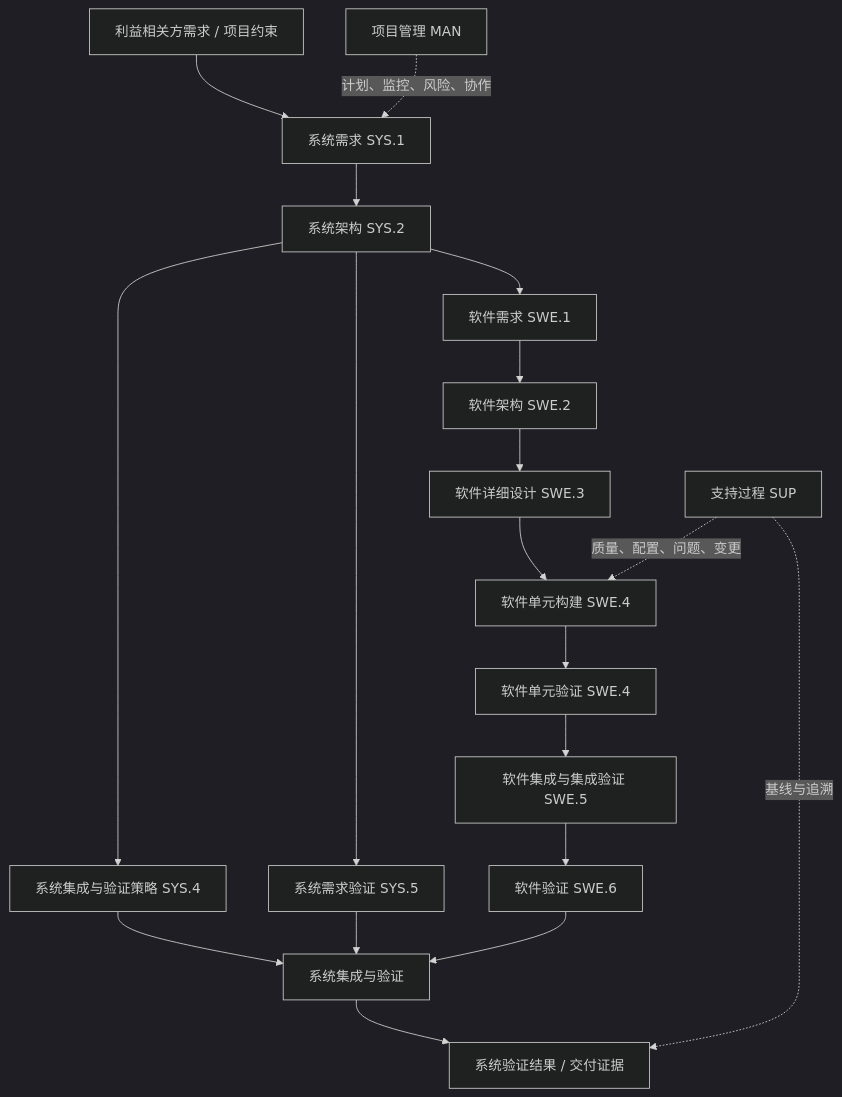
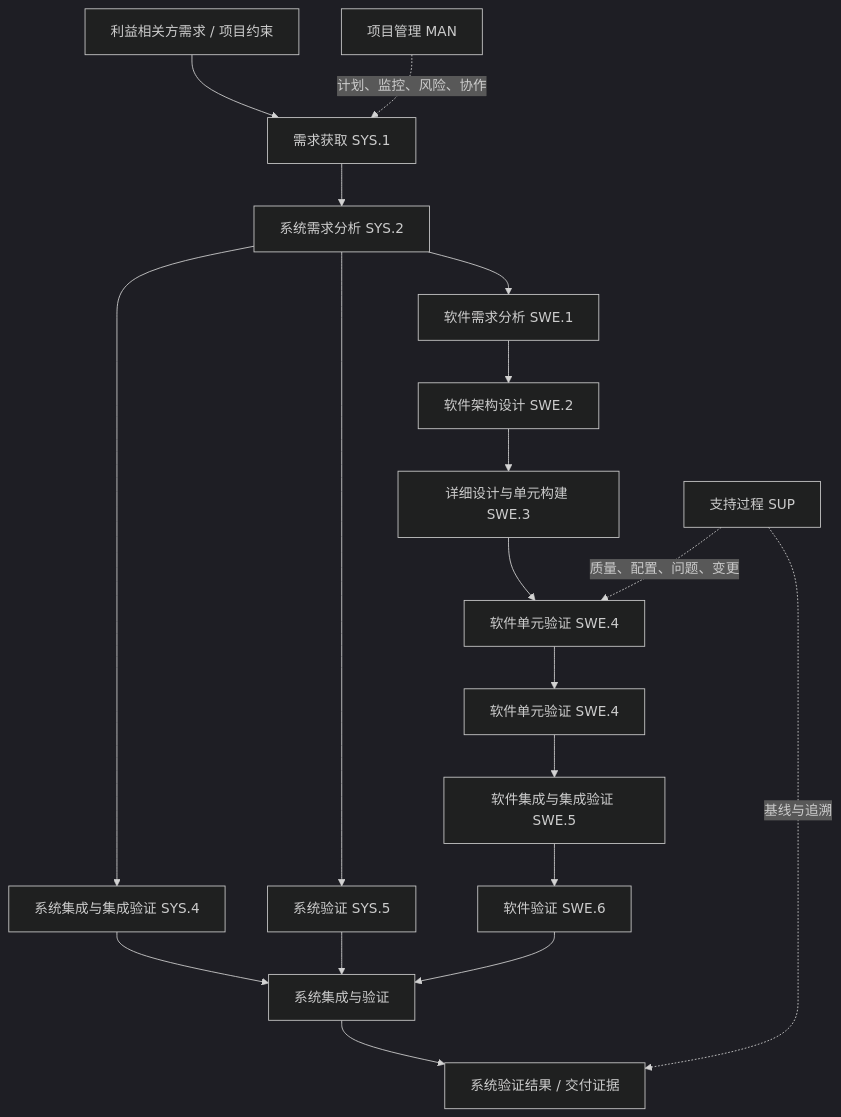
Before and after one commit to xp598008AI/knowledgebase: the diagram in 03-工程开发方法/ASPICE/ASPICE流程实践指南.md, drawn with Mermaid (dark theme). The commit also changed other lines of this file, not shown here.

Commit message:
docs(aspice): clarify SYS and SWE process labels

````diff
--- a/03-工程开发方法/ASPICE/ASPICE流程实践指南.md
+++ b/03-工程开发方法/ASPICE/ASPICE流程实践指南.md
@@ -33,21 +33,21 @@
 ```mermaid
 flowchart TD
-    A[利益相关方需求 / 项目约束] --> B[系统需求 SYS.1]
-    B --> C[系统架构 SYS.2]
-    C --> D[系统集成与验证策略 SYS.4]
-    C --> E[系统需求验证 SYS.5]
-    C --> F[软件需求 SWE.1]
-    F --> G[软件架构 SWE.2]
-    G --> H[软件详细设计 SWE.3]
-    H --> I[软件单元构建 SWE.4]
+    A[利益相关方需求 / 项目约束] --> B[需求获取 SYS.1]
+    B --> C[系统需求分析 SYS.2]
+    C --> D[系统集成与集成验证 SYS.4]
+    C --> E[系统验证 SYS.5]
+    C --> F[软件需求分析 SWE.1]
+    F --> G[软件架构设计 SWE.2]
+    G --> H[详细设计与单元构建 SWE.3]
+    H --> I[软件单元验证 SWE.4]
     I --> J[软件单元验证 SWE.4]
     J --> K[软件集成与集成验证 SWE.5]
     K --> L[软件验证 SWE.6]
     D --> M[系统集成与验证]
     E --> M
     L --> M
     M --> N[系统验证结果 / 交付证据]
     P[项目管理 MAN] -.计划、监控、风险、协作.-> B
     Q[支持过程 SUP] -.质量、配置、问题、变更.-> I
     Q -.基线与追溯.-> N
 ```
````
